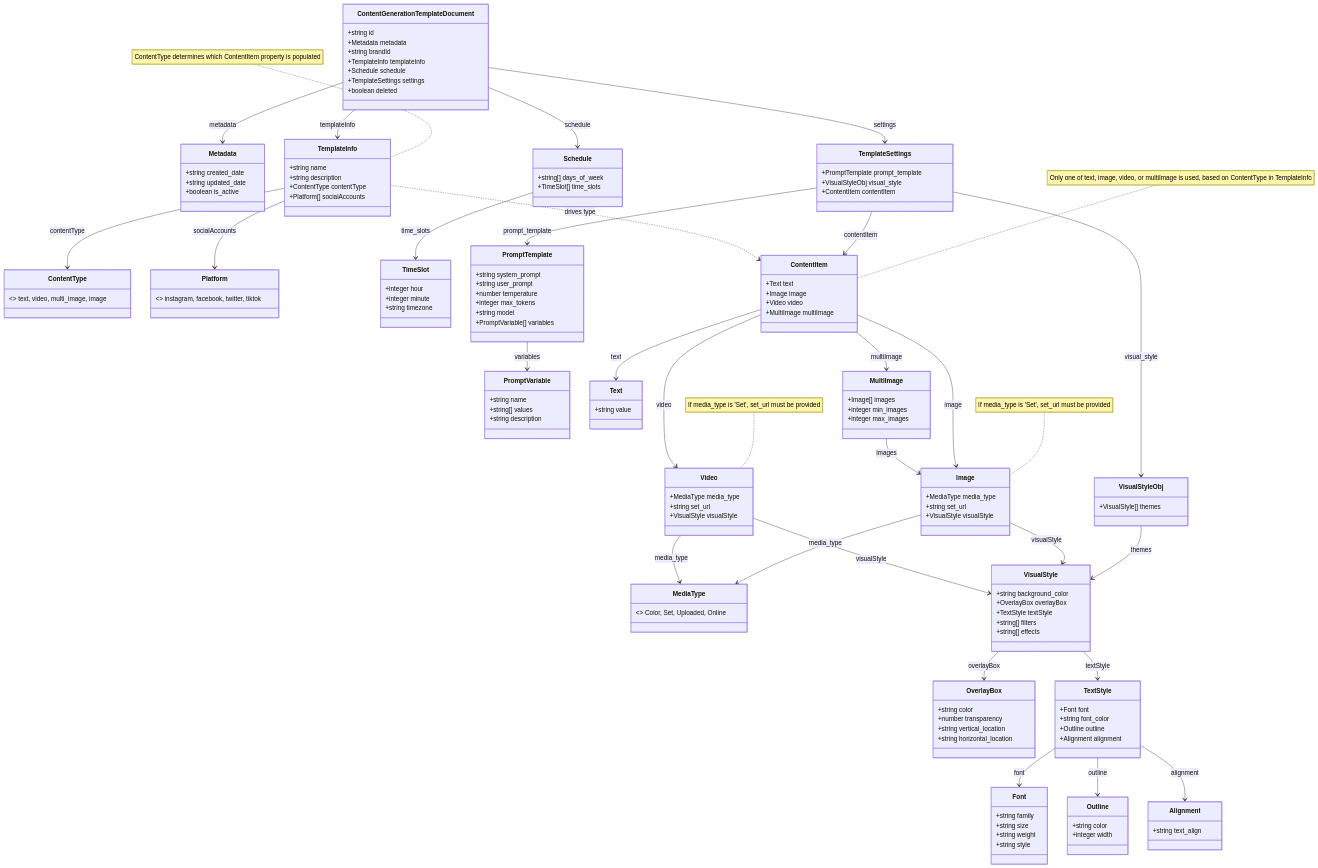
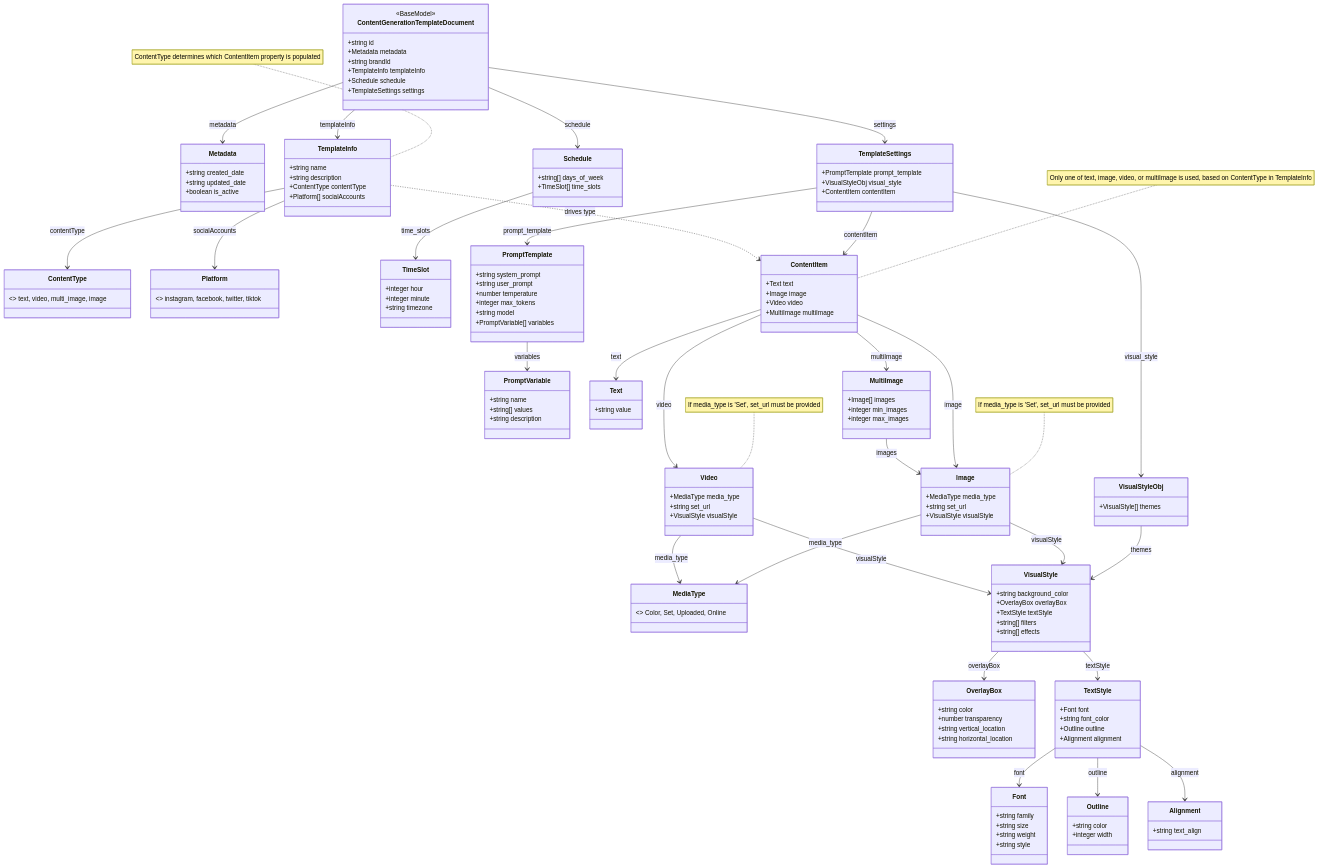
One commit to 1084-Ventures/autogensocial-specs changed the diagram in Diagrams/ContentGenerationTemplateDocument-Diagram.mmd. Above: the diagram before and after it, drawn with Mermaid. The commit also changed 106 other files, not shown here.

```diff
--- a/Diagrams/ContentGenerationTemplateDocument-Diagram.mmd
+++ b/Diagrams/ContentGenerationTemplateDocument-Diagram.mmd
@@ -1,150 +1,150 @@
 classDiagram
     class ContentGenerationTemplateDocument {
+        <<BaseModel>>
         +string id
         +Metadata metadata
         +string brandId
         +TemplateInfo templateInfo
         +Schedule schedule
         +TemplateSettings settings
-        +boolean deleted
     }
     class Metadata {
         +string created_date
         +string updated_date
         +boolean is_active
     }
     class TemplateInfo {
         +string name
         +string description
         +ContentType contentType
         +Platform[] socialAccounts
     }
     class ContentType {
         <<enum>> text, video, multi_image, image
     }
     class Platform {
         <<enum>> instagram, facebook, twitter, tiktok
     }
     class MediaType {
         <<enum>> Color, Set, Uploaded, Online
     }
     class Schedule {
         +string[] days_of_week
         +TimeSlot[] time_slots
     }
     class TimeSlot {
         +integer hour
         +integer minute
         +string timezone
     }
     class TemplateSettings {
         +PromptTemplate prompt_template
         +VisualStyleObj visual_style
         +ContentItem contentItem
     }
     class PromptTemplate {
         +string system_prompt
         +string user_prompt
         +number temperature
         +integer max_tokens
         +string model
         +PromptVariable[] variables
     }
     class PromptVariable {
         +string name
         +string[] values
         +string description
     }
     class VisualStyleObj {
         +VisualStyle[] themes
     }
     class ContentItem {
         +Text text
         +Image image
         +Video video
         +MultiImage multiImage
     }
     class Text {
         +string value
     }
     class Image {
         +MediaType media_type
         +string set_url
         +VisualStyle visualStyle
     }
     class Video {
         +MediaType media_type
         +string set_url
         +VisualStyle visualStyle
     }
     class MultiImage {
         +Image[] images
         +integer min_images
         +integer max_images
     }
     class VisualStyle {
         +string background_color
         +OverlayBox overlayBox
         +TextStyle textStyle
         +string[] filters
         +string[] effects
     }
     class OverlayBox {
         +string color
         +number transparency
         +string vertical_location
         +string horizontal_location
     }
     class TextStyle {
         +Font font
         +string font_color
         +Outline outline
         +Alignment alignment
     }
     class Font {
         +string family
         +string size
         +string weight
         +string style
     }
     class Outline {
         +string color
         +integer width
     }
     class Alignment {
         +string text_align
     }
 
     %% Relationships
     ContentGenerationTemplateDocument --> Metadata : metadata
     ContentGenerationTemplateDocument --> TemplateInfo : templateInfo
     ContentGenerationTemplateDocument --> Schedule : schedule
     ContentGenerationTemplateDocument --> TemplateSettings : settings
     TemplateInfo --> ContentType : contentType
     TemplateInfo --> Platform : socialAccounts
     Schedule --> TimeSlot : time_slots
     TemplateSettings --> PromptTemplate : prompt_template
     TemplateSettings --> VisualStyleObj : visual_style
     TemplateSettings --> ContentItem : contentItem
     ContentItem --> Text : text
     ContentItem --> Image : image
     ContentItem --> Video : video
     ContentItem --> MultiImage : multiImage
     MultiImage --> Image : images
     VisualStyleObj --> VisualStyle : themes
     Image --> MediaType : media_type
     Video --> MediaType : media_type
     Image --> VisualStyle : visualStyle
     Video --> VisualStyle : visualStyle
     VisualStyle --> OverlayBox : overlayBox
     VisualStyle --> TextStyle : textStyle
     TextStyle --> Font : font
     TextStyle --> Outline : outline
     TextStyle --> Alignment : alignment
     PromptTemplate --> PromptVariable : variables
 
     TemplateInfo ..> ContentItem : drives type
     note for ContentItem "Only one of text, image, video, or multiImage is used, based on ContentType in TemplateInfo"
     note for TemplateInfo "ContentType determines which ContentItem property is populated"
     note for Image "If media_type is 'Set', set_url must be provided"
     note for Video "If media_type is 'Set', set_url must be provided"
```
